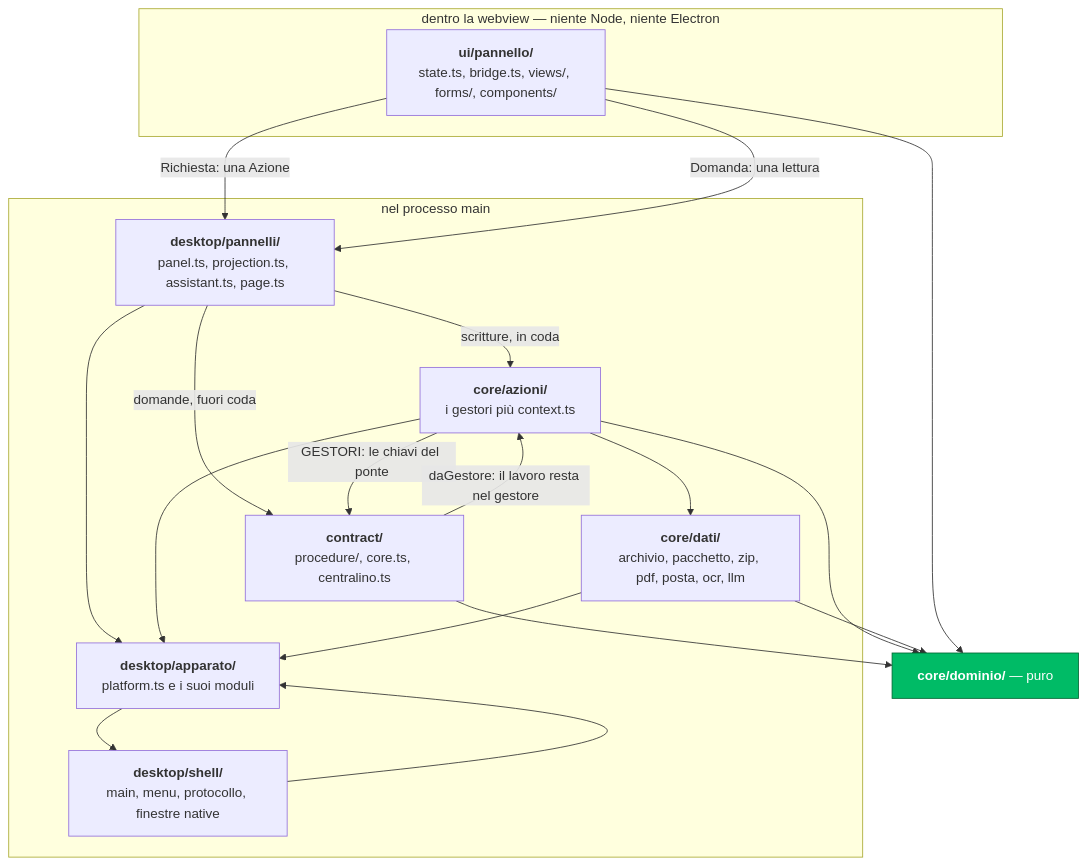
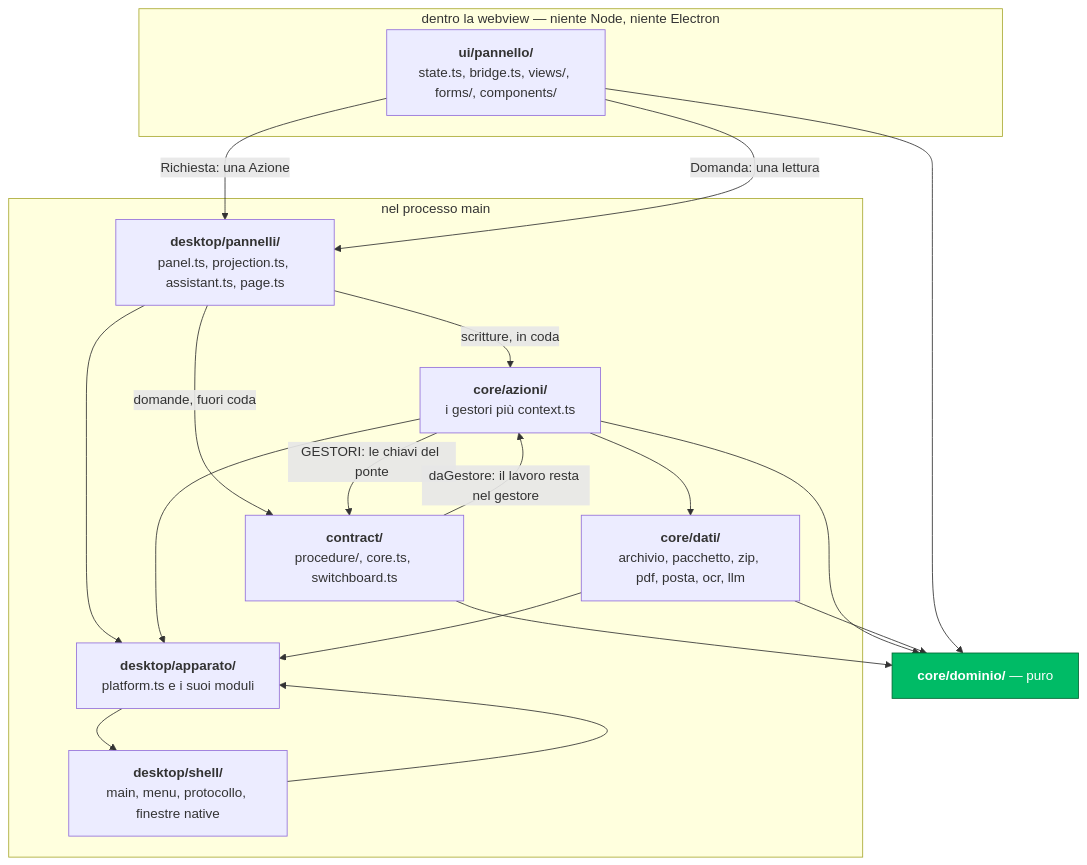
Before and after one commit to nabre/Registro: the third of 7 diagrams in docs/ARCHITETTURA.md, drawn with Mermaid. The commit also changed other lines of this file and 47 other files, not shown here.

First line of the commit message:
refactor(nomi): contract, chiamante, centralino, registro e manifesto in inglese (ADR-53)

````diff
--- a/docs/ARCHITETTURA.md
+++ b/docs/ARCHITETTURA.md
@@ -145,37 +145,37 @@
 ```mermaid
 flowchart TB
   subgraph W["dentro la webview — niente Node, niente Electron"]
     interfaccia["<b>ui/pannello/</b><br/>state.ts, bridge.ts, views/, forms/, components/"]
   end
 
   subgraph H["nel processo main"]
     pannelli["<b>desktop/pannelli/</b><br/>panel.ts, projection.ts, assistant.ts, page.ts"]
-    contratto["<b>contract/</b><br/>procedure/, core.ts, centralino.ts"]
+    contratto["<b>contract/</b><br/>procedure/, core.ts, switchboard.ts"]
     azioni["<b>core/azioni/</b><br/>i gestori più context.ts"]
     dati["<b>core/dati/</b><br/>archivio, pacchetto, zip, pdf, posta, ocr, llm"]
     ambiente["<b>desktop/apparato/</b><br/>platform.ts e i suoi moduli"]
     guscio["<b>desktop/shell/</b><br/>main, menu, protocollo, finestre native"]
   end
 
   dominio["<b>core/dominio/</b> — puro"]
 
   interfaccia -->|"Richiesta: una Azione"| pannelli
   interfaccia -->|"Domanda: una lettura"| pannelli
   pannelli -->|"scritture, in coda"| azioni
   pannelli -->|"domande, fuori coda"| contratto
   azioni -->|"GESTORI: le chiavi del ponte"| contratto
   contratto -->|"daGestore: il lavoro resta nel gestore"| azioni
   contratto --> dominio
   azioni --> dati
   azioni --> dominio
   dati --> dominio
   interfaccia --> dominio
   pannelli --> ambiente
   azioni --> ambiente
   dati --> ambiente
   ambiente --> guscio
   guscio --> ambiente
 
   classDef puro fill:#0b6,stroke:#063,color:#fff
   class dominio puro
 ```
````
